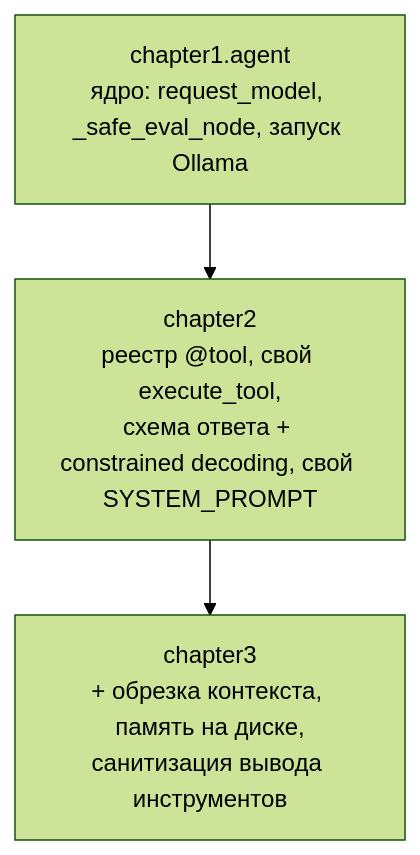
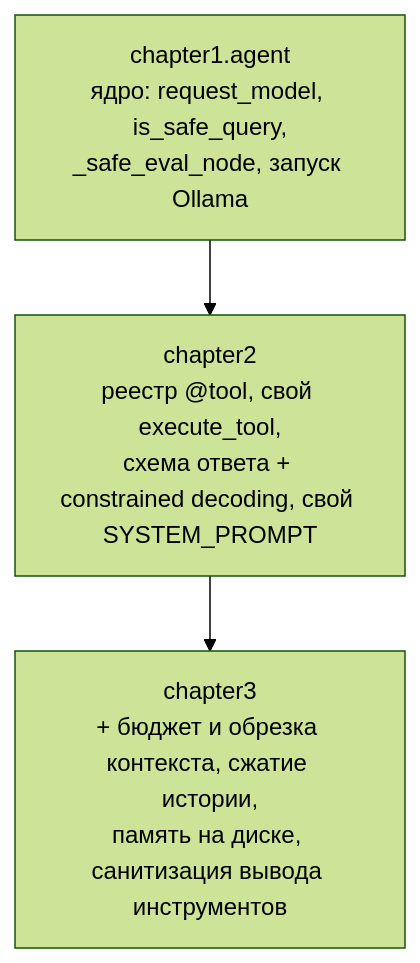
One commit to io982/firstAgent changed the diagram in README.md. Above: the diagram before and after it, drawn with Mermaid (forest theme). The commit also changed other lines of this file, not shown here.

````diff
--- a/README.md
+++ b/README.md
@@ -340,6 +354,6 @@
 ```mermaid
 graph TD
-    Base["chapter1.agent<br/>ядро: request_model, _safe_eval_node, запуск Ollama"]
+    Base["chapter1.agent<br/>ядро: request_model, is_safe_query,<br/>_safe_eval_node, запуск Ollama"]
     Base --> Ch2["chapter2<br/>реестр @tool, свой execute_tool,<br/>схема ответа + constrained decoding, свой SYSTEM_PROMPT"]
-    Ch2 --> Ch3["chapter3<br/>+ обрезка контекста, память на диске,<br/>санитизация вывода инструментов"]
+    Ch2 --> Ch3["chapter3<br/>+ бюджет и обрезка контекста, сжатие истории,<br/>память на диске, санитизация вывода инструментов"]
 ```
````
